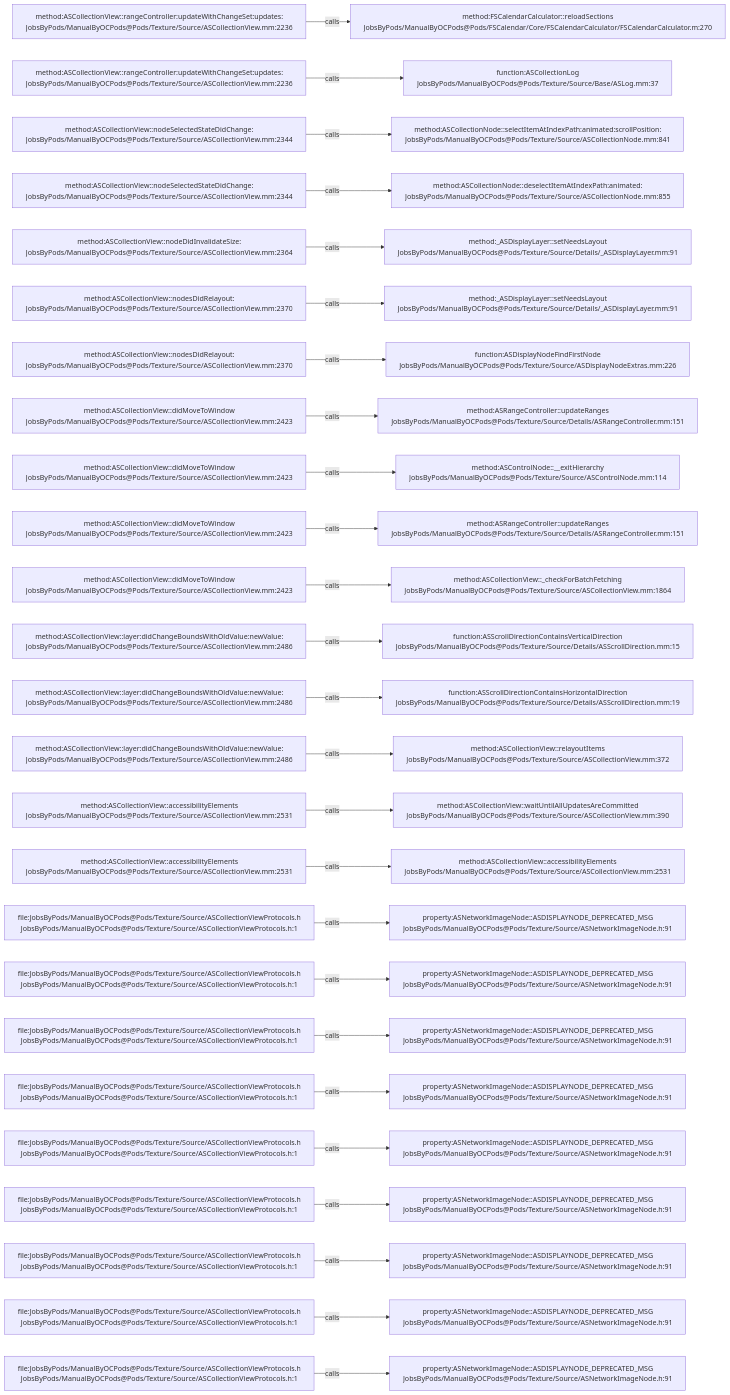
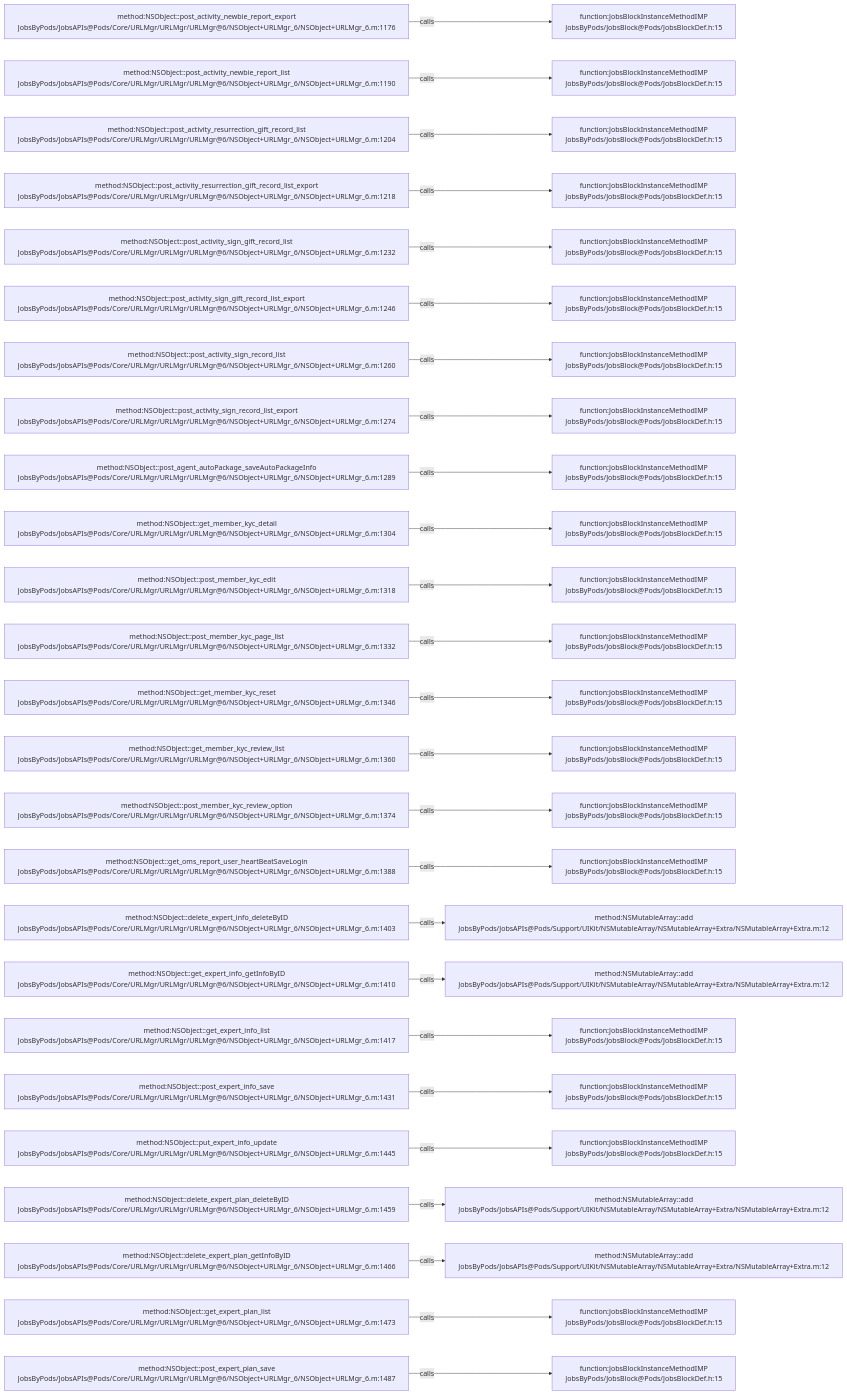
The diagram in .codegraph/codegraph.md/graphs/calls-070.md (JobsKits/JobsOCBaseConfigDemo), drawn with Mermaid before and after one commit. The commit also changed 768 other files, not shown here.

````diff
--- a/.codegraph/codegraph.md/graphs/calls-070.md
+++ b/.codegraph/codegraph.md/graphs/calls-070.md
@@ -13,78 +13,78 @@
 ```mermaid
 flowchart LR
-  S1["method:ASCollectionView::rangeController:updateWithChangeSet:updates:<br/>JobsByPods/ManualByOCPods@Pods/Texture/Source/ASCollectionView.mm:2236"]
-  T1["method:FSCalendarCalculator::reloadSections<br/>JobsByPods/ManualByOCPods@Pods/FSCalendar/Core/FSCalendarCalculator/FSCalendarCalculator.m:270"]
+  S1["method:NSObject::post_activity_newbie_report_export<br/>JobsByPods/JobsAPIs@Pods/Core/URLMgr/URLMgr/URLMgr@6/NSObject+URLMgr_6/NSObject+URLMgr_6.m:1176"]
+  T1["function:JobsBlockInstanceMethodIMP<br/>JobsByPods/JobsBlock@Pods/JobsBlockDef.h:15"]
   S1 -->|calls| T1
-  S2["method:ASCollectionView::rangeController:updateWithChangeSet:updates:<br/>JobsByPods/ManualByOCPods@Pods/Texture/Source/ASCollectionView.mm:2236"]
-  T2["function:ASCollectionLog<br/>JobsByPods/ManualByOCPods@Pods/Texture/Source/Base/ASLog.mm:37"]
+  S2["method:NSObject::post_activity_newbie_report_list<br/>JobsByPods/JobsAPIs@Pods/Core/URLMgr/URLMgr/URLMgr@6/NSObject+URLMgr_6/NSObject+URLMgr_6.m:1190"]
+  T2["function:JobsBlockInstanceMethodIMP<br/>JobsByPods/JobsBlock@Pods/JobsBlockDef.h:15"]
   S2 -->|calls| T2
-  S3["method:ASCollectionView::nodeSelectedStateDidChange:<br/>JobsByPods/ManualByOCPods@Pods/Texture/Source/ASCollectionView.mm:2344"]
-  T3["method:ASCollectionNode::selectItemAtIndexPath:animated:scrollPosition:<br/>JobsByPods/ManualByOCPods@Pods/Texture/Source/ASCollectionNode.mm:841"]
+  S3["method:NSObject::post_activity_resurrection_gift_record_list<br/>JobsByPods/JobsAPIs@Pods/Core/URLMgr/URLMgr/URLMgr@6/NSObject+URLMgr_6/NSObject+URLMgr_6.m:1204"]
+  T3["function:JobsBlockInstanceMethodIMP<br/>JobsByPods/JobsBlock@Pods/JobsBlockDef.h:15"]
   S3 -->|calls| T3
-  S4["method:ASCollectionView::nodeSelectedStateDidChange:<br/>JobsByPods/ManualByOCPods@Pods/Texture/Source/ASCollectionView.mm:2344"]
-  T4["method:ASCollectionNode::deselectItemAtIndexPath:animated:<br/>JobsByPods/ManualByOCPods@Pods/Texture/Source/ASCollectionNode.mm:855"]
+  S4["method:NSObject::post_activity_resurrection_gift_record_list_export<br/>JobsByPods/JobsAPIs@Pods/Core/URLMgr/URLMgr/URLMgr@6/NSObject+URLMgr_6/NSObject+URLMgr_6.m:1218"]
+  T4["function:JobsBlockInstanceMethodIMP<br/>JobsByPods/JobsBlock@Pods/JobsBlockDef.h:15"]
   S4 -->|calls| T4
-  S5["method:ASCollectionView::nodeDidInvalidateSize:<br/>JobsByPods/ManualByOCPods@Pods/Texture/Source/ASCollectionView.mm:2364"]
-  T5["method:_ASDisplayLayer::setNeedsLayout<br/>JobsByPods/ManualByOCPods@Pods/Texture/Source/Details/_ASDisplayLayer.mm:91"]
+  S5["method:NSObject::post_activity_sign_gift_record_list<br/>JobsByPods/JobsAPIs@Pods/Core/URLMgr/URLMgr/URLMgr@6/NSObject+URLMgr_6/NSObject+URLMgr_6.m:1232"]
+  T5["function:JobsBlockInstanceMethodIMP<br/>JobsByPods/JobsBlock@Pods/JobsBlockDef.h:15"]
   S5 -->|calls| T5
-  S6["method:ASCollectionView::nodesDidRelayout:<br/>JobsByPods/ManualByOCPods@Pods/Texture/Source/ASCollectionView.mm:2370"]
-  T6["method:_ASDisplayLayer::setNeedsLayout<br/>JobsByPods/ManualByOCPods@Pods/Texture/Source/Details/_ASDisplayLayer.mm:91"]
+  S6["method:NSObject::post_activity_sign_gift_record_list_export<br/>JobsByPods/JobsAPIs@Pods/Core/URLMgr/URLMgr/URLMgr@6/NSObject+URLMgr_6/NSObject+URLMgr_6.m:1246"]
+  T6["function:JobsBlockInstanceMethodIMP<br/>JobsByPods/JobsBlock@Pods/JobsBlockDef.h:15"]
   S6 -->|calls| T6
-  S7["method:ASCollectionView::nodesDidRelayout:<br/>JobsByPods/ManualByOCPods@Pods/Texture/Source/ASCollectionView.mm:2370"]
-  T7["function:ASDisplayNodeFindFirstNode<br/>JobsByPods/ManualByOCPods@Pods/Texture/Source/ASDisplayNodeExtras.mm:226"]
+  S7["method:NSObject::post_activity_sign_record_list<br/>JobsByPods/JobsAPIs@Pods/Core/URLMgr/URLMgr/URLMgr@6/NSObject+URLMgr_6/NSObject+URLMgr_6.m:1260"]
+  T7["function:JobsBlockInstanceMethodIMP<br/>JobsByPods/JobsBlock@Pods/JobsBlockDef.h:15"]
   S7 -->|calls| T7
-  S8["method:ASCollectionView::didMoveToWindow<br/>JobsByPods/ManualByOCPods@Pods/Texture/Source/ASCollectionView.mm:2423"]
-  T8["method:ASRangeController::updateRanges<br/>JobsByPods/ManualByOCPods@Pods/Texture/Source/Details/ASRangeController.mm:151"]
+  S8["method:NSObject::post_activity_sign_record_list_export<br/>JobsByPods/JobsAPIs@Pods/Core/URLMgr/URLMgr/URLMgr@6/NSObject+URLMgr_6/NSObject+URLMgr_6.m:1274"]
+  T8["function:JobsBlockInstanceMethodIMP<br/>JobsByPods/JobsBlock@Pods/JobsBlockDef.h:15"]
   S8 -->|calls| T8
-  S9["method:ASCollectionView::didMoveToWindow<br/>JobsByPods/ManualByOCPods@Pods/Texture/Source/ASCollectionView.mm:2423"]
-  T9["method:ASControlNode::__exitHierarchy<br/>JobsByPods/ManualByOCPods@Pods/Texture/Source/ASControlNode.mm:114"]
+  S9["method:NSObject::post_agent_autoPackage_saveAutoPackageInfo<br/>JobsByPods/JobsAPIs@Pods/Core/URLMgr/URLMgr/URLMgr@6/NSObject+URLMgr_6/NSObject+URLMgr_6.m:1289"]
+  T9["function:JobsBlockInstanceMethodIMP<br/>JobsByPods/JobsBlock@Pods/JobsBlockDef.h:15"]
   S9 -->|calls| T9
-  S10["method:ASCollectionView::didMoveToWindow<br/>JobsByPods/ManualByOCPods@Pods/Texture/Source/ASCollectionView.mm:2423"]
-  T10["method:ASRangeController::updateRanges<br/>JobsByPods/ManualByOCPods@Pods/Texture/Source/Details/ASRangeController.mm:151"]
+  S10["method:NSObject::get_member_kyc_detail<br/>JobsByPods/JobsAPIs@Pods/Core/URLMgr/URLMgr/URLMgr@6/NSObject+URLMgr_6/NSObject+URLMgr_6.m:1304"]
+  T10["function:JobsBlockInstanceMethodIMP<br/>JobsByPods/JobsBlock@Pods/JobsBlockDef.h:15"]
   S10 -->|calls| T10
-  S11["method:ASCollectionView::didMoveToWindow<br/>JobsByPods/ManualByOCPods@Pods/Texture/Source/ASCollectionView.mm:2423"]
-  T11["method:ASCollectionView::_checkForBatchFetching<br/>JobsByPods/ManualByOCPods@Pods/Texture/Source/ASCollectionView.mm:1864"]
+  S11["method:NSObject::post_member_kyc_edit<br/>JobsByPods/JobsAPIs@Pods/Core/URLMgr/URLMgr/URLMgr@6/NSObject+URLMgr_6/NSObject+URLMgr_6.m:1318"]
+  T11["function:JobsBlockInstanceMethodIMP<br/>JobsByPods/JobsBlock@Pods/JobsBlockDef.h:15"]
   S11 -->|calls| T11
-  S12["method:ASCollectionView::layer:didChangeBoundsWithOldValue:newValue:<br/>JobsByPods/ManualByOCPods@Pods/Texture/Source/ASCollectionView.mm:2486"]
-  T12["function:ASScrollDirectionContainsVerticalDirection<br/>JobsByPods/ManualByOCPods@Pods/Texture/Source/Details/ASScrollDirection.mm:15"]
+  S12["method:NSObject::post_member_kyc_page_list<br/>JobsByPods/JobsAPIs@Pods/Core/URLMgr/URLMgr/URLMgr@6/NSObject+URLMgr_6/NSObject+URLMgr_6.m:1332"]
+  T12["function:JobsBlockInstanceMethodIMP<br/>JobsByPods/JobsBlock@Pods/JobsBlockDef.h:15"]
   S12 -->|calls| T12
-  S13["method:ASCollectionView::layer:didChangeBoundsWithOldValue:newValue:<br/>JobsByPods/ManualByOCPods@Pods/Texture/Source/ASCollectionView.mm:2486"]
-  T13["function:ASScrollDirectionContainsHorizontalDirection<br/>JobsByPods/ManualByOCPods@Pods/Texture/Source/Details/ASScrollDirection.mm:19"]
+  S13["method:NSObject::get_member_kyc_reset<br/>JobsByPods/JobsAPIs@Pods/Core/URLMgr/URLMgr/URLMgr@6/NSObject+URLMgr_6/NSObject+URLMgr_6.m:1346"]
+  T13["function:JobsBlockInstanceMethodIMP<br/>JobsByPods/JobsBlock@Pods/JobsBlockDef.h:15"]
   S13 -->|calls| T13
-  S14["method:ASCollectionView::layer:didChangeBoundsWithOldValue:newValue:<br/>JobsByPods/ManualByOCPods@Pods/Texture/Source/ASCollectionView.mm:2486"]
-  T14["method:ASCollectionView::relayoutItems<br/>JobsByPods/ManualByOCPods@Pods/Texture/Source/ASCollectionView.mm:372"]
+  S14["method:NSObject::get_member_kyc_review_list<br/>JobsByPods/JobsAPIs@Pods/Core/URLMgr/URLMgr/URLMgr@6/NSObject+URLMgr_6/NSObject+URLMgr_6.m:1360"]
+  T14["function:JobsBlockInstanceMethodIMP<br/>JobsByPods/JobsBlock@Pods/JobsBlockDef.h:15"]
   S14 -->|calls| T14
-  S15["method:ASCollectionView::accessibilityElements<br/>JobsByPods/ManualByOCPods@Pods/Texture/Source/ASCollectionView.mm:2531"]
-  T15["method:ASCollectionView::waitUntilAllUpdatesAreCommitted<br/>JobsByPods/ManualByOCPods@Pods/Texture/Source/ASCollectionView.mm:390"]
+  S15["method:NSObject::post_member_kyc_review_option<br/>JobsByPods/JobsAPIs@Pods/Core/URLMgr/URLMgr/URLMgr@6/NSObject+URLMgr_6/NSObject+URLMgr_6.m:1374"]
+  T15["function:JobsBlockInstanceMethodIMP<br/>JobsByPods/JobsBlock@Pods/JobsBlockDef.h:15"]
   S15 -->|calls| T15
-  S16["method:ASCollectionView::accessibilityElements<br/>JobsByPods/ManualByOCPods@Pods/Texture/Source/ASCollectionView.mm:2531"]
-  T16["method:ASCollectionView::accessibilityElements<br/>JobsByPods/ManualByOCPods@Pods/Texture/Source/ASCollectionView.mm:2531"]
+  S16["method:NSObject::get_oms_report_user_heartBeatSaveLogin<br/>JobsByPods/JobsAPIs@Pods/Core/URLMgr/URLMgr/URLMgr@6/NSObject+URLMgr_6/NSObject+URLMgr_6.m:1388"]
+  T16["function:JobsBlockInstanceMethodIMP<br/>JobsByPods/JobsBlock@Pods/JobsBlockDef.h:15"]
   S16 -->|calls| T16
-  S17["file:JobsByPods/ManualByOCPods@Pods/Texture/Source/ASCollectionViewProtocols.h<br/>JobsByPods/ManualByOCPods@Pods/Texture/Source/ASCollectionViewProtocols.h:1"]
-  T17["property:ASNetworkImageNode::ASDISPLAYNODE_DEPRECATED_MSG<br/>JobsByPods/ManualByOCPods@Pods/Texture/Source/ASNetworkImageNode.h:91"]
+  S17["method:NSObject::delete_expert_info_deleteByID<br/>JobsByPods/JobsAPIs@Pods/Core/URLMgr/URLMgr/URLMgr@6/NSObject+URLMgr_6/NSObject+URLMgr_6.m:1403"]
+  T17["method:NSMutableArray::add<br/>JobsByPods/JobsAPIs@Pods/Support/UIKit/NSMutableArray/NSMutableArray+Extra/NSMutableArray+Extra.m:12"]
   S17 -->|calls| T17
-  S18["file:JobsByPods/ManualByOCPods@Pods/Texture/Source/ASCollectionViewProtocols.h<br/>JobsByPods/ManualByOCPods@Pods/Texture/Source/ASCollectionViewProtocols.h:1"]
-  T18["property:ASNetworkImageNode::ASDISPLAYNODE_DEPRECATED_MSG<br/>JobsByPods/ManualByOCPods@Pods/Texture/Source/ASNetworkImageNode.h:91"]
+  S18["method:NSObject::get_expert_info_getInfoByID<br/>JobsByPods/JobsAPIs@Pods/Core/URLMgr/URLMgr/URLMgr@6/NSObject+URLMgr_6/NSObject+URLMgr_6.m:1410"]
+  T18["method:NSMutableArray::add<br/>JobsByPods/JobsAPIs@Pods/Support/UIKit/NSMutableArray/NSMutableArray+Extra/NSMutableArray+Extra.m:12"]
   S18 -->|calls| T18
-  S19["file:JobsByPods/ManualByOCPods@Pods/Texture/Source/ASCollectionViewProtocols.h<br/>JobsByPods/ManualByOCPods@Pods/Texture/Source/ASCollectionViewProtocols.h:1"]
-  T19["property:ASNetworkImageNode::ASDISPLAYNODE_DEPRECATED_MSG<br/>JobsByPods/ManualByOCPods@Pods/Texture/Source/ASNetworkImageNode.h:91"]
+  S19["method:NSObject::get_expert_info_list<br/>JobsByPods/JobsAPIs@Pods/Core/URLMgr/URLMgr/URLMgr@6/NSObject+URLMgr_6/NSObject+URLMgr_6.m:1417"]
+  T19["function:JobsBlockInstanceMethodIMP<br/>JobsByPods/JobsBlock@Pods/JobsBlockDef.h:15"]
   S19 -->|calls| T19
-  S20["file:JobsByPods/ManualByOCPods@Pods/Texture/Source/ASCollectionViewProtocols.h<br/>JobsByPods/ManualByOCPods@Pods/Texture/Source/ASCollectionViewProtocols.h:1"]
-  T20["property:ASNetworkImageNode::ASDISPLAYNODE_DEPRECATED_MSG<br/>JobsByPods/ManualByOCPods@Pods/Texture/Source/ASNetworkImageNode.h:91"]
+  S20["method:NSObject::post_expert_info_save<br/>JobsByPods/JobsAPIs@Pods/Core/URLMgr/URLMgr/URLMgr@6/NSObject+URLMgr_6/NSObject+URLMgr_6.m:1431"]
+  T20["function:JobsBlockInstanceMethodIMP<br/>JobsByPods/JobsBlock@Pods/JobsBlockDef.h:15"]
   S20 -->|calls| T20
-  S21["file:JobsByPods/ManualByOCPods@Pods/Texture/Source/ASCollectionViewProtocols.h<br/>JobsByPods/ManualByOCPods@Pods/Texture/Source/ASCollectionViewProtocols.h:1"]
-  T21["property:ASNetworkImageNode::ASDISPLAYNODE_DEPRECATED_MSG<br/>JobsByPods/ManualByOCPods@Pods/Texture/Source/ASNetworkImageNode.h:91"]
+  S21["method:NSObject::put_expert_info_update<br/>JobsByPods/JobsAPIs@Pods/Core/URLMgr/URLMgr/URLMgr@6/NSObject+URLMgr_6/NSObject+URLMgr_6.m:1445"]
+  T21["function:JobsBlockInstanceMethodIMP<br/>JobsByPods/JobsBlock@Pods/JobsBlockDef.h:15"]
   S21 -->|calls| T21
-  S22["file:JobsByPods/ManualByOCPods@Pods/Texture/Source/ASCollectionViewProtocols.h<br/>JobsByPods/ManualByOCPods@Pods/Texture/Source/ASCollectionViewProtocols.h:1"]
-  T22["property:ASNetworkImageNode::ASDISPLAYNODE_DEPRECATED_MSG<br/>JobsByPods/ManualByOCPods@Pods/Texture/Source/ASNetworkImageNode.h:91"]
+  S22["method:NSObject::delete_expert_plan_deleteByID<br/>JobsByPods/JobsAPIs@Pods/Core/URLMgr/URLMgr/URLMgr@6/NSObject+URLMgr_6/NSObject+URLMgr_6.m:1459"]
+  T22["method:NSMutableArray::add<br/>JobsByPods/JobsAPIs@Pods/Support/UIKit/NSMutableArray/NSMutableArray+Extra/NSMutableArray+Extra.m:12"]
   S22 -->|calls| T22
-  S23["file:JobsByPods/ManualByOCPods@Pods/Texture/Source/ASCollectionViewProtocols.h<br/>JobsByPods/ManualByOCPods@Pods/Texture/Source/ASCollectionViewProtocols.h:1"]
-  T23["property:ASNetworkImageNode::ASDISPLAYNODE_DEPRECATED_MSG<br/>JobsByPods/ManualByOCPods@Pods/Texture/Source/ASNetworkImageNode.h:91"]
+  S23["method:NSObject::delete_expert_plan_getInfoByID<br/>JobsByPods/JobsAPIs@Pods/Core/URLMgr/URLMgr/URLMgr@6/NSObject+URLMgr_6/NSObject+URLMgr_6.m:1466"]
+  T23["method:NSMutableArray::add<br/>JobsByPods/JobsAPIs@Pods/Support/UIKit/NSMutableArray/NSMutableArray+Extra/NSMutableArray+Extra.m:12"]
   S23 -->|calls| T23
-  S24["file:JobsByPods/ManualByOCPods@Pods/Texture/Source/ASCollectionViewProtocols.h<br/>JobsByPods/ManualByOCPods@Pods/Texture/Source/ASCollectionViewProtocols.h:1"]
-  T24["property:ASNetworkImageNode::ASDISPLAYNODE_DEPRECATED_MSG<br/>JobsByPods/ManualByOCPods@Pods/Texture/Source/ASNetworkImageNode.h:91"]
+  S24["method:NSObject::get_expert_plan_list<br/>JobsByPods/JobsAPIs@Pods/Core/URLMgr/URLMgr/URLMgr@6/NSObject+URLMgr_6/NSObject+URLMgr_6.m:1473"]
+  T24["function:JobsBlockInstanceMethodIMP<br/>JobsByPods/JobsBlock@Pods/JobsBlockDef.h:15"]
   S24 -->|calls| T24
-  S25["file:JobsByPods/ManualByOCPods@Pods/Texture/Source/ASCollectionViewProtocols.h<br/>JobsByPods/ManualByOCPods@Pods/Texture/Source/ASCollectionViewProtocols.h:1"]
-  T25["property:ASNetworkImageNode::ASDISPLAYNODE_DEPRECATED_MSG<br/>JobsByPods/ManualByOCPods@Pods/Texture/Source/ASNetworkImageNode.h:91"]
+  S25["method:NSObject::post_expert_plan_save<br/>JobsByPods/JobsAPIs@Pods/Core/URLMgr/URLMgr/URLMgr@6/NSObject+URLMgr_6/NSObject+URLMgr_6.m:1487"]
+  T25["function:JobsBlockInstanceMethodIMP<br/>JobsByPods/JobsBlock@Pods/JobsBlockDef.h:15"]
   S25 -->|calls| T25
 ```
````
